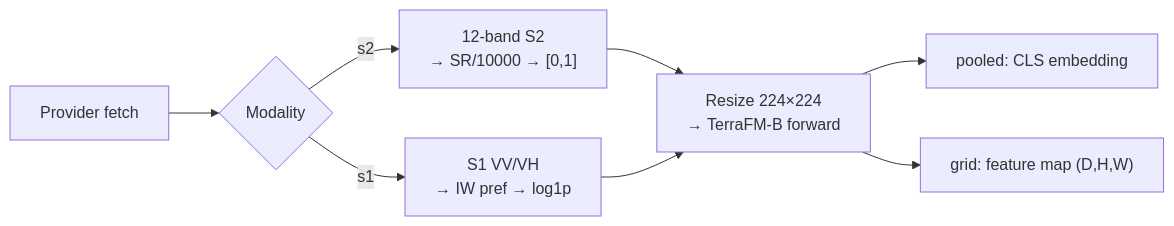
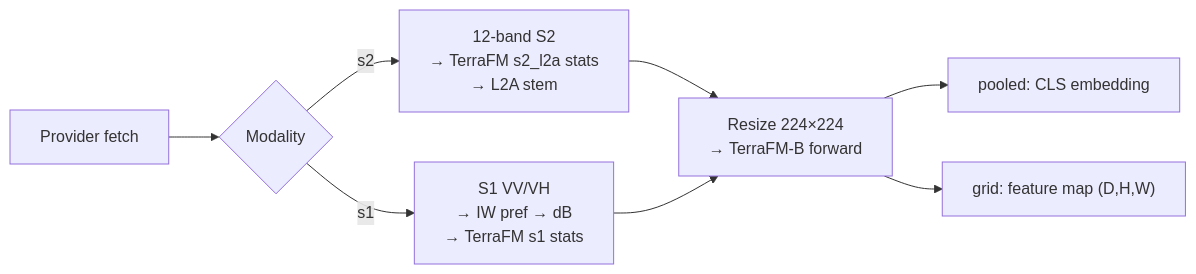
One commit to cybergis/rs-embed changed the first of 3 diagrams in docs/models/terrafm.md. Above: the diagram before and after it, drawn with Mermaid. The commit also changed other lines of this file and 3 other files, not shown here.

````diff
--- a/docs/models/terrafm.md
+++ b/docs/models/terrafm.md
@@ -63,10 +66,10 @@
 ```mermaid
 flowchart LR
     INPUT["Provider fetch"] --> MOD{Modality}
-    MOD -- s2 --> S2["12-band S2\n→ SR/10000 → [0,1]"]
-    MOD -- s1 --> S1["S1 VV/VH\n→ IW pref → log1p"]
+    MOD -- s2 --> S2["12-band S2\n→ TerraFM s2_l2a stats\n→ L2A stem"]
+    MOD -- s1 --> S1["S1 VV/VH\n→ IW pref → dB\n→ TerraFM s1 stats"]
     S2 --> FWD["Resize 224×224\n→ TerraFM-B forward"]
     S1 --> FWD
     FWD --> POOL["pooled: CLS embedding"]
     FWD --> GRID["grid: feature map (D,H,W)"]
 ```
````
